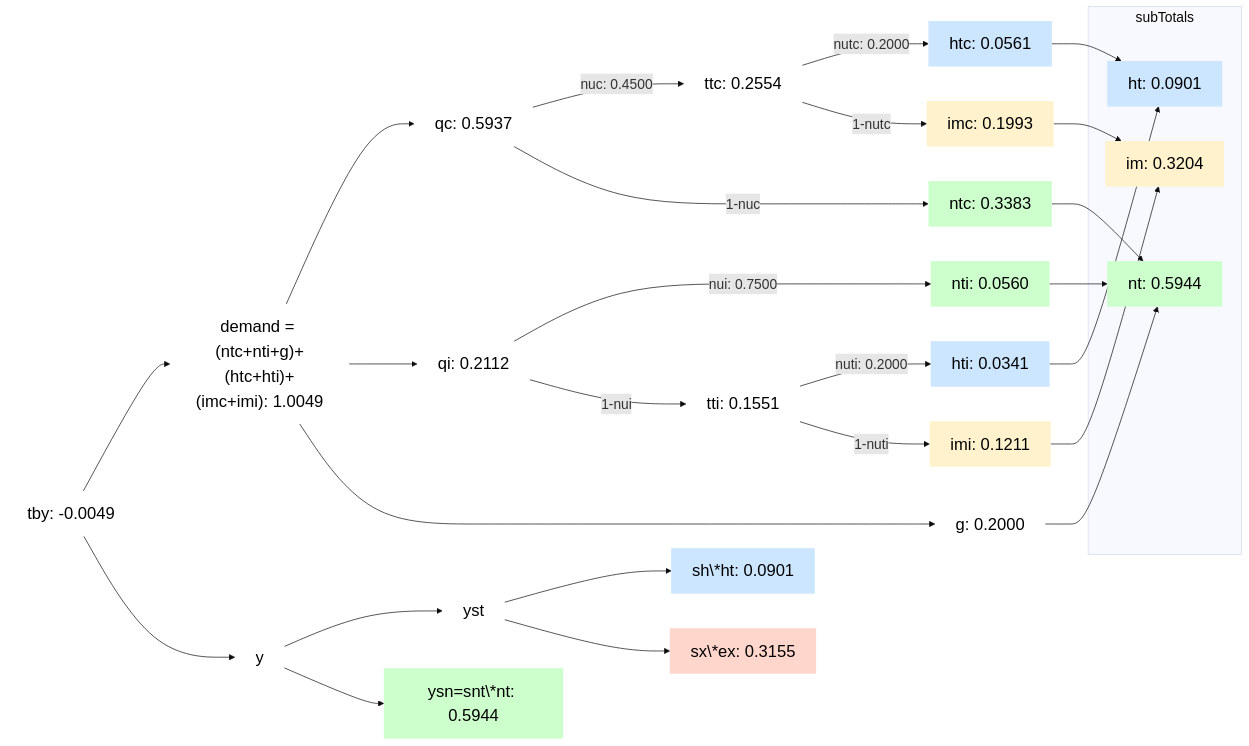
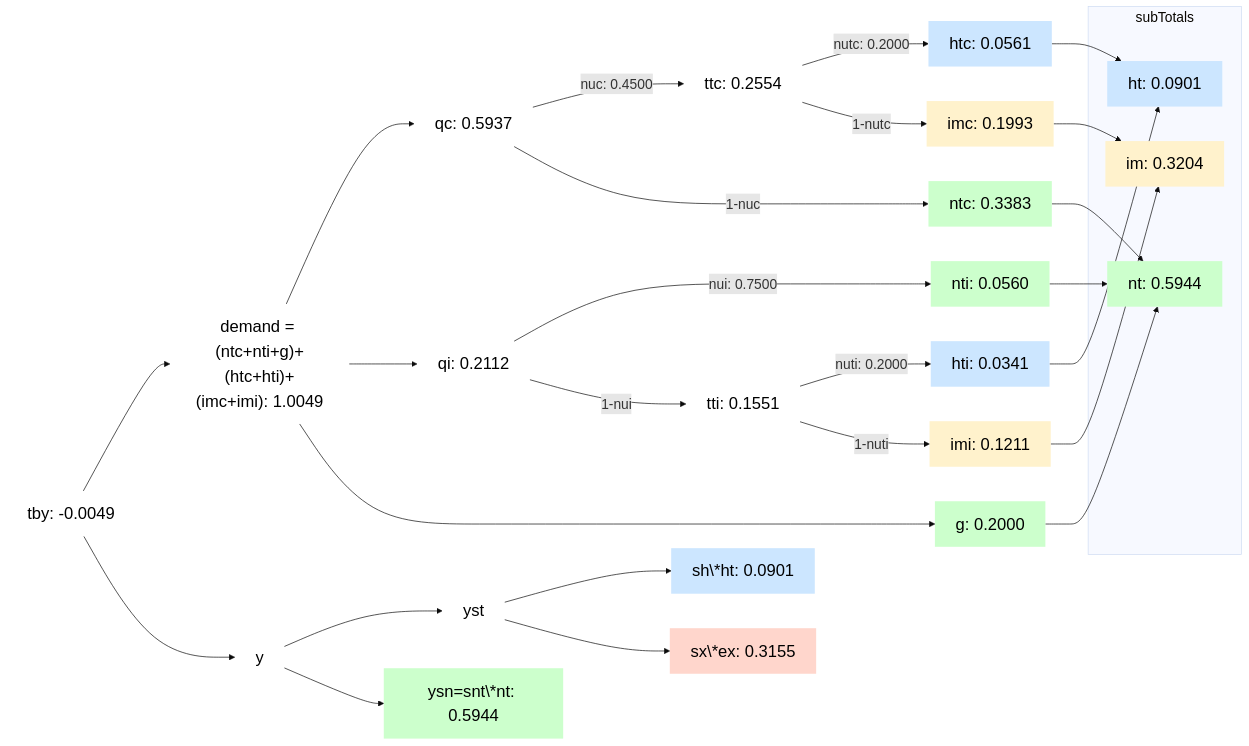
One commit to kbankowski-econ/2024-01_eagle changed the diagram in Dynare_4-4-3/modFiles/steady1_EAB-diagram.md. Above: the diagram before and after it, drawn with Mermaid. The commit also changed 58 other files, not shown here.

````diff
--- a/Dynare_4-4-3/modFiles/steady1_EAB-diagram.md
+++ b/Dynare_4-4-3/modFiles/steady1_EAB-diagram.md
@@ -1,60 +1,60 @@
 ```mermaid
 %%{init: {'theme': 'base', 'themeVariables': { 'fontSize': '20px', 'edgeLabelBackground': '#e6e6e6' }}}%%
 graph LR
  classDef default fill:none,stroke:none,color:black,font-size:24px;
 classDef nontradable fill:#ccffcc,stroke:none,color:black,font-size:24px;  %% A slightly darker green
 classDef imported fill:#fff2cc,stroke:none,color:black,font-size:24px;    %% A warm, slightly deeper yellow
 classDef hometradable fill:#cce6ff,stroke:none,color:black,font-size:24px; %% A more vibrant blue
 classDef exportable fill:#ffd6cc,stroke:none,color:black,font-size:24px;  %% A soft coral orange
  tby["tby: -0.0049"]
  demand["demand = (ntc+nti+g)+(htc+hti)+(imc+imi): 1.0049"]
  qc["qc: 0.5937"]
- g["g: 0.2000"]
+ g["g: 0.2000"]:::nontradable
  qi["qi: 0.2112"]
  y[y]
  ttc[ttc: 0.2554]
  tti[tti: 0.1551]
  nt[nt: 0.5944]:::nontradable
  ntc[ntc: 0.3383]:::nontradable
  nti[nti: 0.0560]:::nontradable
  ht[ht: 0.0901]:::hometradable
  htc[htc: 0.0561]:::hometradable
  hti[hti: 0.0341]:::hometradable
  sh\*ht[sh\*ht: 0.0901]:::hometradable
  im[im: 0.3204]:::imported
  imc[imc: 0.1993]:::imported
  imi[imi: 0.1211]:::imported
  ysn["ysn=snt\*nt: 0.5944"]:::nontradable
  sx\*ex["sx\*ex: 0.3155"]:::exportable
 
  subgraph subTotals
     nt
     ht
     im
  end
 
  tby --> demand
  tby --> y
  demand --> qc
  demand --> qi
  demand --> g
  qc --> |nuc: 0.4500| ttc
  qc --> |1-nuc| ntc
  ttc --> |nutc: 0.2000| htc
  ttc --> |1-nutc| imc
  qi --> |nui: 0.7500| nti
  qi --> |1-nui| tti
  tti --> |nuti: 0.2000| hti
  tti --> |1-nuti| imi
  g --> nt
  y --> yst
  y --> ysn
  yst --> sh\*ht
  yst --> sx\*ex
  imc --> im
  imi --> im
  htc --> ht
  hti --> ht
  ntc --> nt
  nti --> nt
  ```
````
